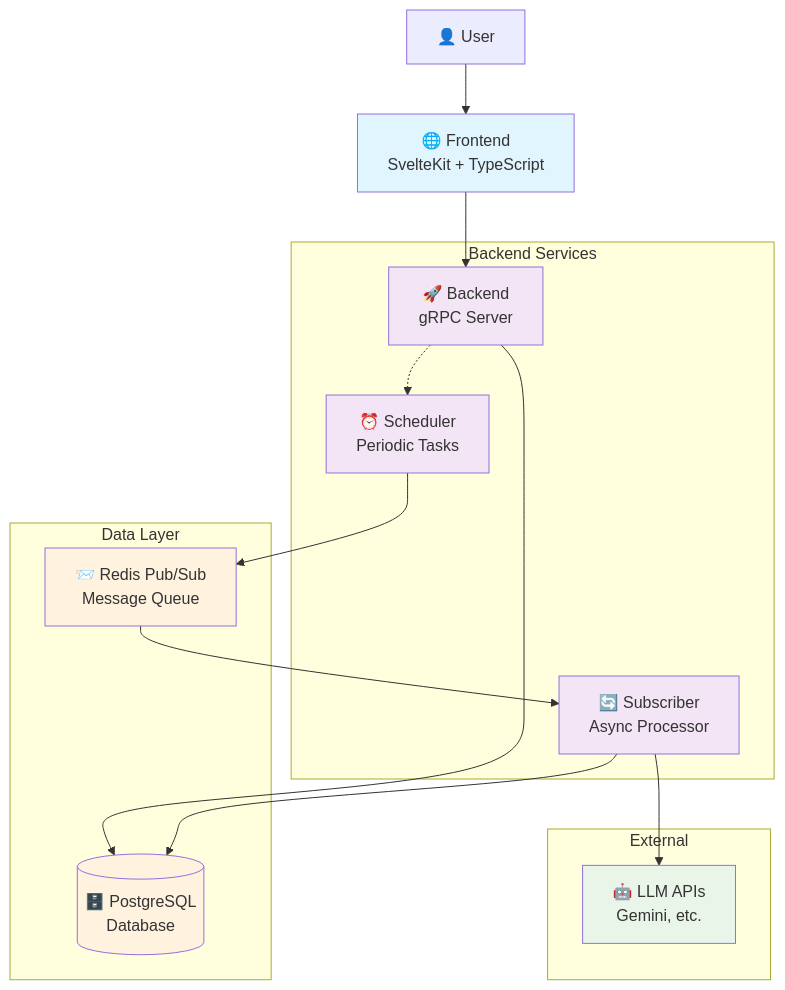
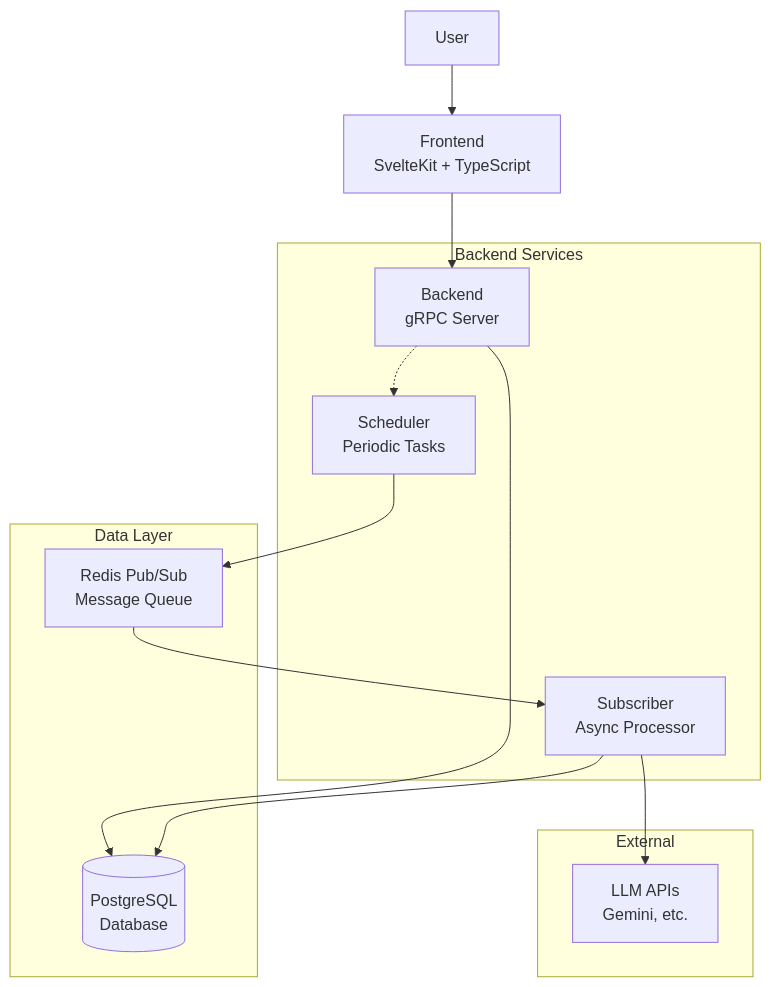
Before and after one commit to project-mikan/umi.mikan: the diagram in README.md, drawn with Mermaid. The commit also changed other lines of this file and 8 other files, not shown here.

````diff
--- a/README.md
+++ b/README.md
@@ -7,47 +7,28 @@
 ```mermaid
 graph TB
-    %% User Interface
-    User[👤 User] --> Frontend[🌐 Frontend<br/>SvelteKit + TypeScript]
+    User[User] --> Frontend[Frontend<br/>SvelteKit + TypeScript]
+    Frontend --> Backend[Backend<br/>gRPC Server]
+    Backend --> DB[(PostgreSQL<br/>Database)]
 
-    %% Core Services
-    Frontend --> Backend[🚀 Backend<br/>gRPC Server]
-    Backend --> DB[(🗄️ PostgreSQL<br/>Database)]
+    Scheduler[Scheduler<br/>Periodic Tasks] --> Redis[Redis Pub/Sub<br/>Message Queue]
+    Redis --> Subscriber[Subscriber<br/>Async Processor]
+    Subscriber --> LLM[LLM APIs<br/>Gemini, etc.]
 
-    %% Async Processing System
-    Scheduler[⏰ Scheduler<br/>Periodic Tasks] --> Redis[📨 Redis Pub/Sub<br/>Message Queue]
-    Redis --> Subscriber[🔄 Subscriber<br/>Async Processor]
-
-    %% External Services
-    Subscriber --> LLM[🤖 LLM APIs<br/>Gemini, etc.]
-
-    %% Data Flow
     Backend -.-> Scheduler
     Subscriber --> DB
 
-    %% Service Details
     subgraph "Backend Services"
         Backend
         Scheduler
         Subscriber
     end
 
     subgraph "Data Layer"
         DB
         Redis
     end
 
     subgraph "External"
         LLM
     end
-
-    %% Styling
-    classDef frontend fill:#e1f5fe
-    classDef backend fill:#f3e5f5
-    classDef data fill:#fff3e0
-    classDef external fill:#e8f5e8
-
-    class Frontend frontend
-    class Backend,Scheduler,Subscriber backend
-    class DB,Redis data
-    class LLM external
 ```
````
